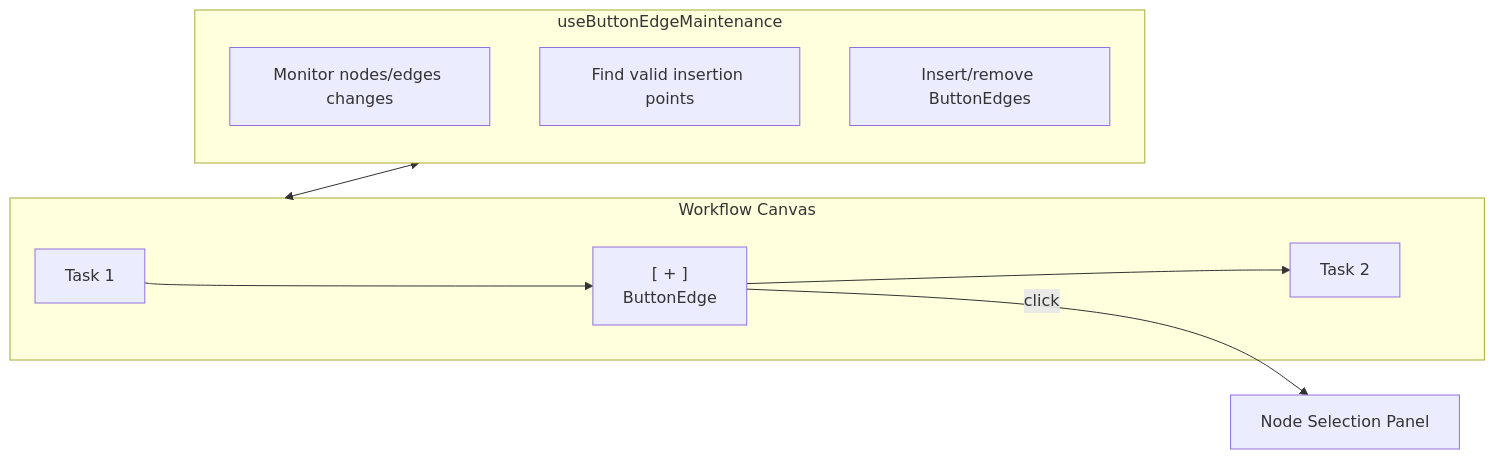
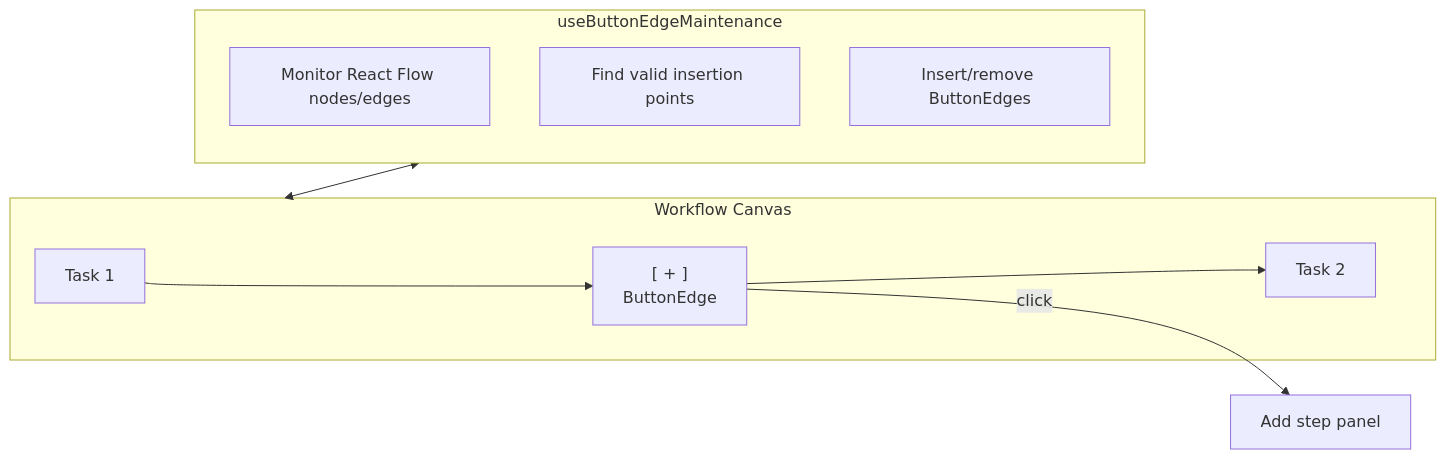
Diagram 12 of 19 in docs/architecture.md (alinabuzachis/syntara), drawn with Mermaid before and after one commit. The commit also changed other lines of this file and 95 other files, not shown here.

First line of the commit message:
debt: change "node" mentions to "step" (#418)

````diff
--- a/docs/architecture.md
+++ b/docs/architecture.md
@@ -863,19 +864,19 @@
 ```mermaid
 flowchart LR
   subgraph Canvas["Workflow Canvas"]
     N1[Task 1]
     BE["[ + ]<br/>ButtonEdge"]
     N2[Task 2]
     N1 --> BE --> N2
   end
 
   subgraph Hook["useButtonEdgeMaintenance"]
-    M1["Monitor nodes/edges changes"]
+    M1["Monitor React Flow nodes/edges"]
     M2["Find valid insertion points"]
     M3["Insert/remove ButtonEdges"]
   end
 
   Canvas <--> Hook
 
-  BE -->|"click"| Panel["Node Selection Panel"]
+  BE -->|"click"| Panel["Add step panel"]
 ```
````
